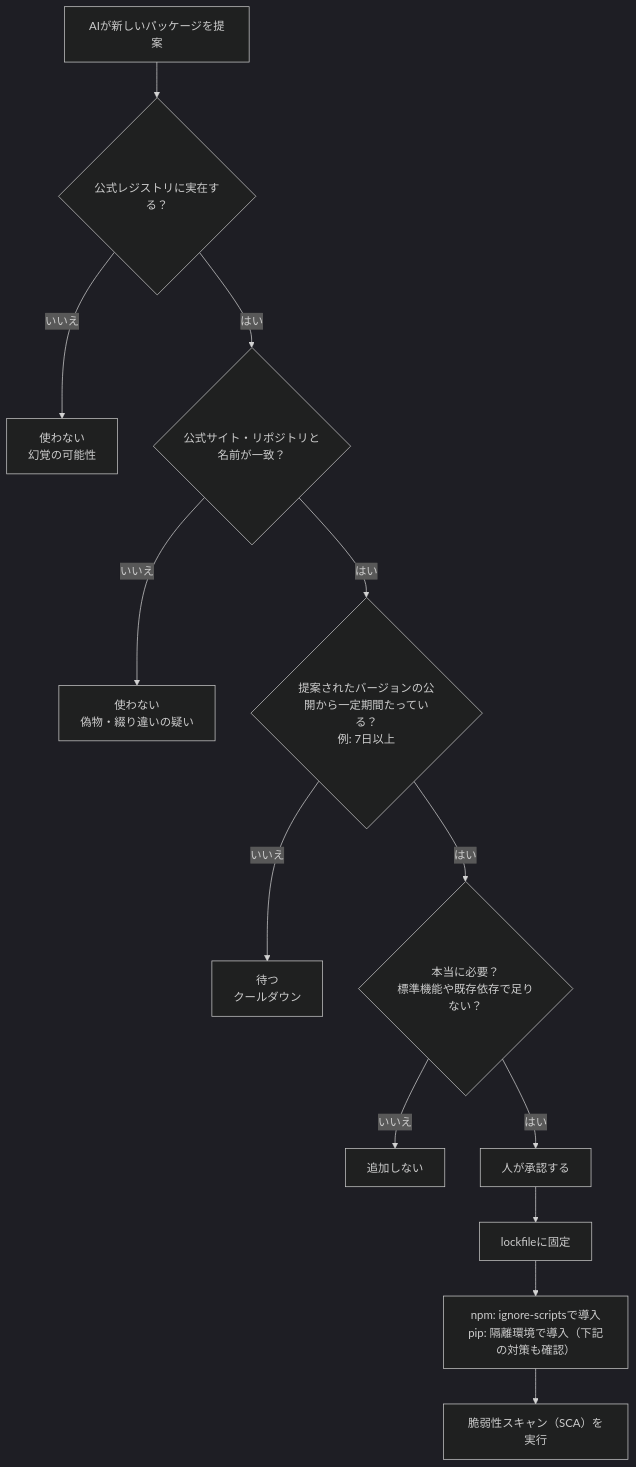
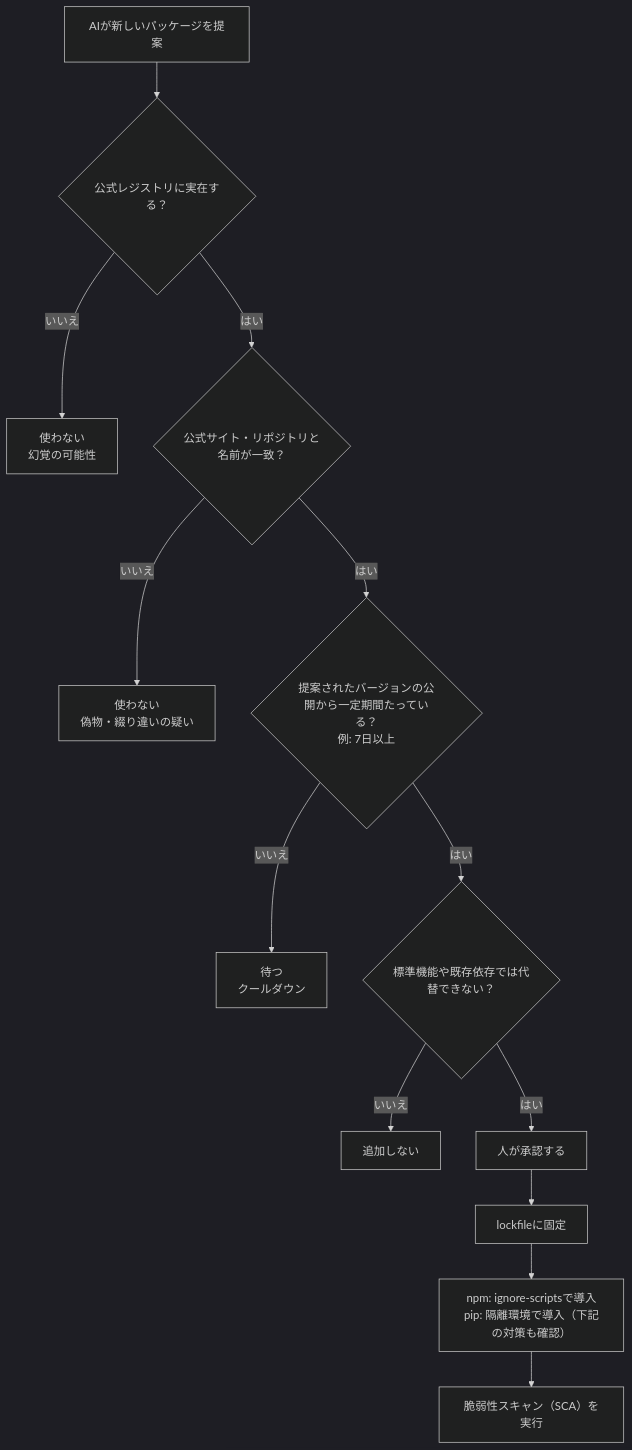
The sixth of 9 diagrams in Ai-coding-safety-guide.md (myoshi2891/Security_Studies), drawn with Mermaid (dark theme) before and after one commit. The commit also changed other lines of this file, not shown here.

Commit message:
docs(ai-coding): refine dependency flowchart text and clarify sandbox pre-work checklist

````diff
--- a/Ai-coding-safety-guide.md
+++ b/Ai-coding-safety-guide.md
@@ -476,15 +476,15 @@
 ```mermaid
 flowchart TD
     A["AIが新しいパッケージを提案"] --> B{"公式レジストリに実在する？"}
     B -->|"いいえ"| X1["使わない<br/>幻覚の可能性"]
     B -->|"はい"| C{"公式サイト・リポジトリと名前が一致？"}
     C -->|"いいえ"| X2["使わない<br/>偽物・綴り違いの疑い"]
     C -->|"はい"| D{"提案されたバージョンの公開から一定期間たっている？<br/>例: 7日以上"}
     D -->|"いいえ"| X3["待つ<br/>クールダウン"]
-    D -->|"はい"| E{"本当に必要？<br/>標準機能や既存依存で足りない？"}
+    D -->|"はい"| E{"標準機能や既存依存では代替できない？"}
     E -->|"いいえ"| X4["追加しない"]
     E -->|"はい"| F["人が承認する"]
     F --> G["lockfileに固定"]
     G --> H["npm: ignore-scriptsで導入<br/>pip: 隔離環境で導入（下記の対策も確認）"]
     H --> I["脆弱性スキャン（SCA）を実行"]
 ```
````
